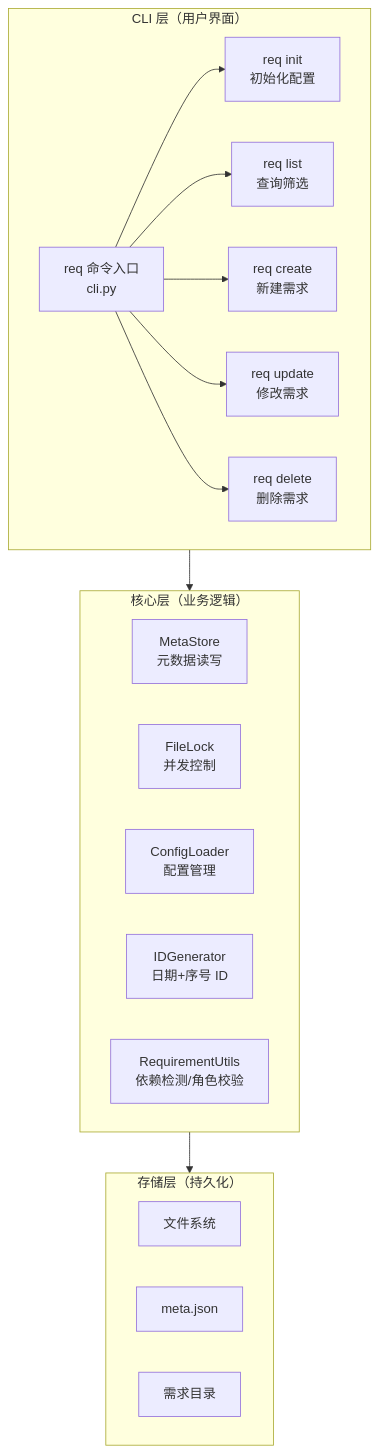
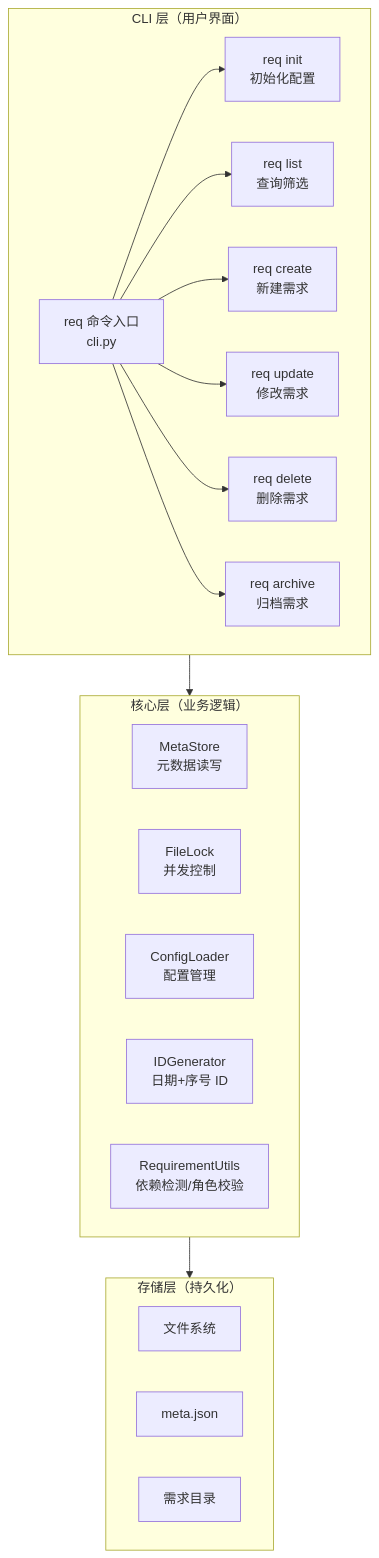
Before and after one commit to HACK-WU/skills: the first of 6 diagrams in docs/requirement-mgr-guide.md, drawn with Mermaid. The commit also changed other lines of this file and 22 other files, not shown here.

````diff
--- a/docs/requirement-mgr-guide.md
+++ b/docs/requirement-mgr-guide.md
@@ -212,29 +213,30 @@
 ```mermaid
 graph TB
     subgraph CLI["CLI 层（用户界面）"]
         REQ["req 命令入口<br/>cli.py"]
         S1["req init<br/>初始化配置"]
         S2["req list<br/>查询筛选"]
         S3["req create<br/>新建需求"]
         S4["req update<br/>修改需求"]
         S5["req delete<br/>删除需求"]
+        S6["req archive<br/>归档需求"]
     end
     
     subgraph Core["核心层（业务逻辑）"]
         MetaS["MetaStore<br/>元数据读写"]
         LockF["FileLock<br/>并发控制"]
         ConfigL["ConfigLoader<br/>配置管理"]
         IDGen["IDGenerator<br/>日期+序号 ID"]
         Utils["RequirementUtils<br/>依赖检测/角色校验"]
     end
     
     subgraph Store["存储层（持久化）"]
         FS["文件系统"]
         JSON["meta.json"]
         DIR["需求目录"]
     end
     
-    REQ --> S1 & S2 & S3 & S4 & S5
+    REQ --> S1 & S2 & S3 & S4 & S5 & S6
     CLI --> Core
     Core --> Store
 ```
````
